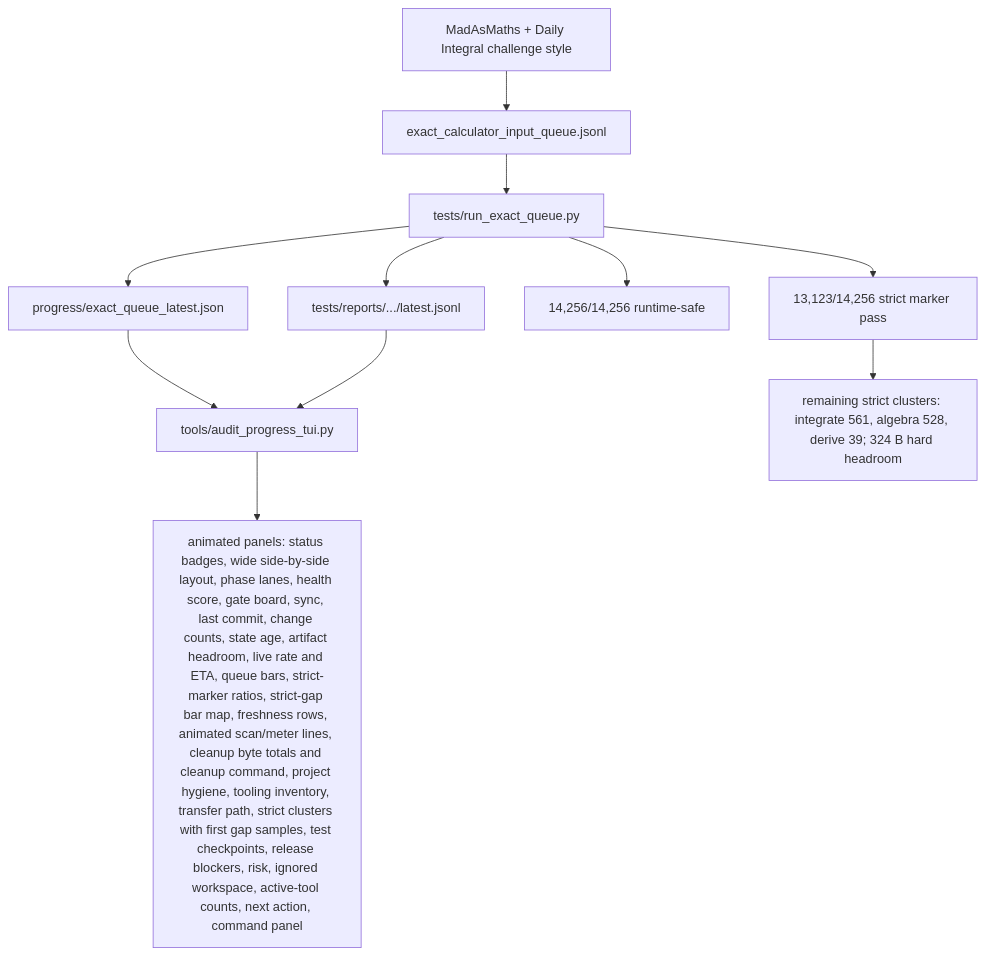
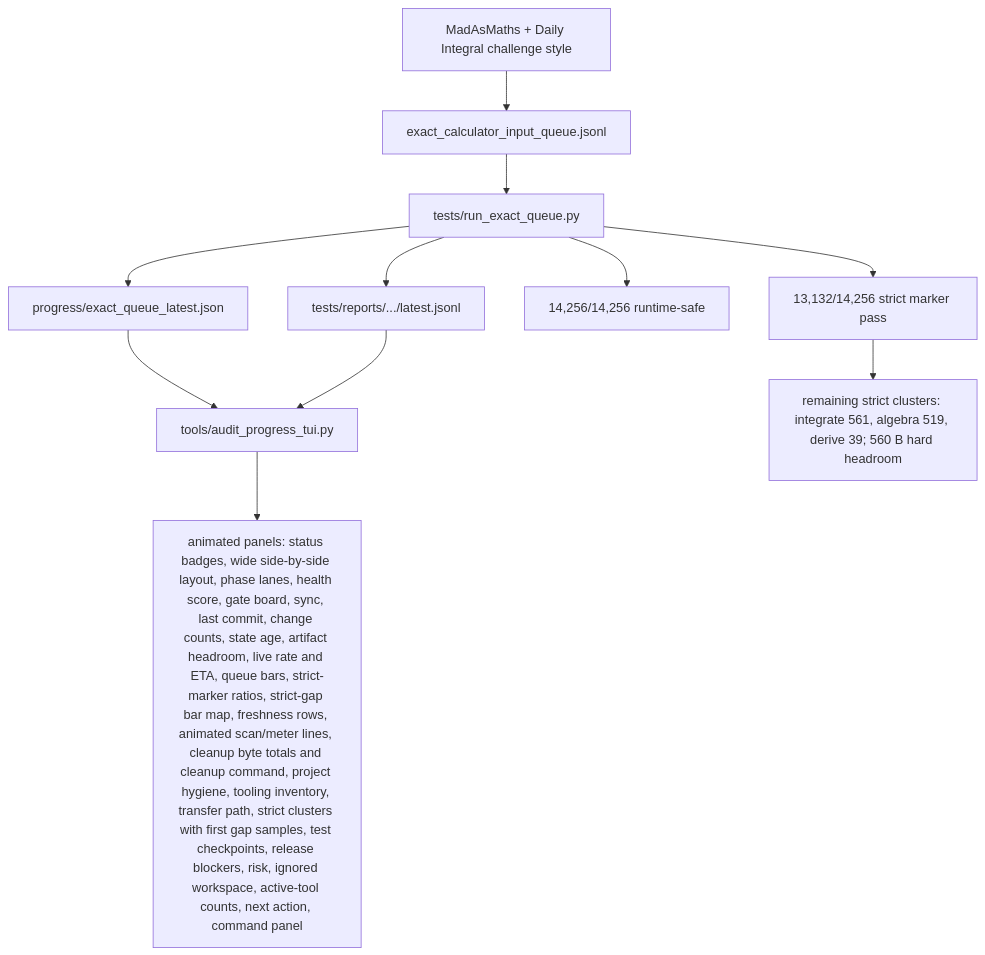
The fifth of 6 diagrams in docs/GRAPH.md (james8464/notes-addin-casio-fx-cg50), drawn with Mermaid before and after one commit. The commit also changed other lines of this file and 9 other files, not shown here.

````diff
--- a/docs/GRAPH.md
+++ b/docs/GRAPH.md
@@ -62,13 +62,13 @@
 ```mermaid
 graph TD
   Online["MadAsMaths + Daily Integral challenge style"] --> Queue["exact_calculator_input_queue.jsonl"]
   Queue --> Runner["tests/run_exact_queue.py"]
   Runner --> Live["progress/exact_queue_latest.json"]
   Runner --> Report["tests/reports/.../latest.jsonl"]
   Live --> TUI["tools/audit_progress_tui.py"]
   Report --> TUI
   TUI --> Panels["animated panels: status badges, wide side-by-side layout, phase lanes, health score, gate board, sync, last commit, change counts, state age, artifact headroom, live rate and ETA, queue bars, strict-marker ratios, strict-gap bar map, freshness rows, animated scan/meter lines, cleanup byte totals and cleanup command, project hygiene, tooling inventory, transfer path, strict clusters with first gap samples, test checkpoints, release blockers, risk, ignored workspace, active-tool counts, next action, command panel"]
   Runner --> Runtime["14,256/14,256 runtime-safe"]
-  Runner --> Strict["13,123/14,256 strict marker pass"]
-  Strict --> Remaining["remaining strict clusters: integrate 561, algebra 528, derive 39; 324 B hard headroom"]
+  Runner --> Strict["13,132/14,256 strict marker pass"]
+  Strict --> Remaining["remaining strict clusters: integrate 561, algebra 519, derive 39; 560 B hard headroom"]
 ```
````
